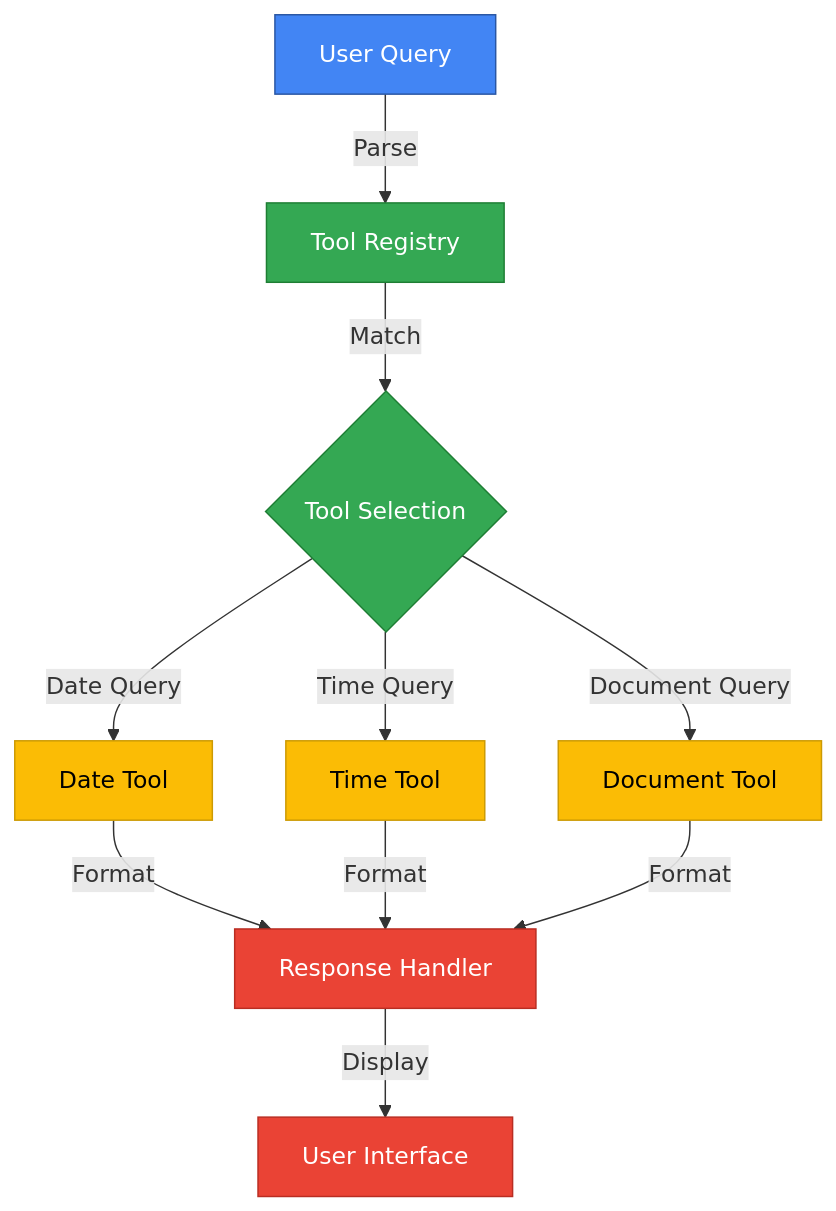
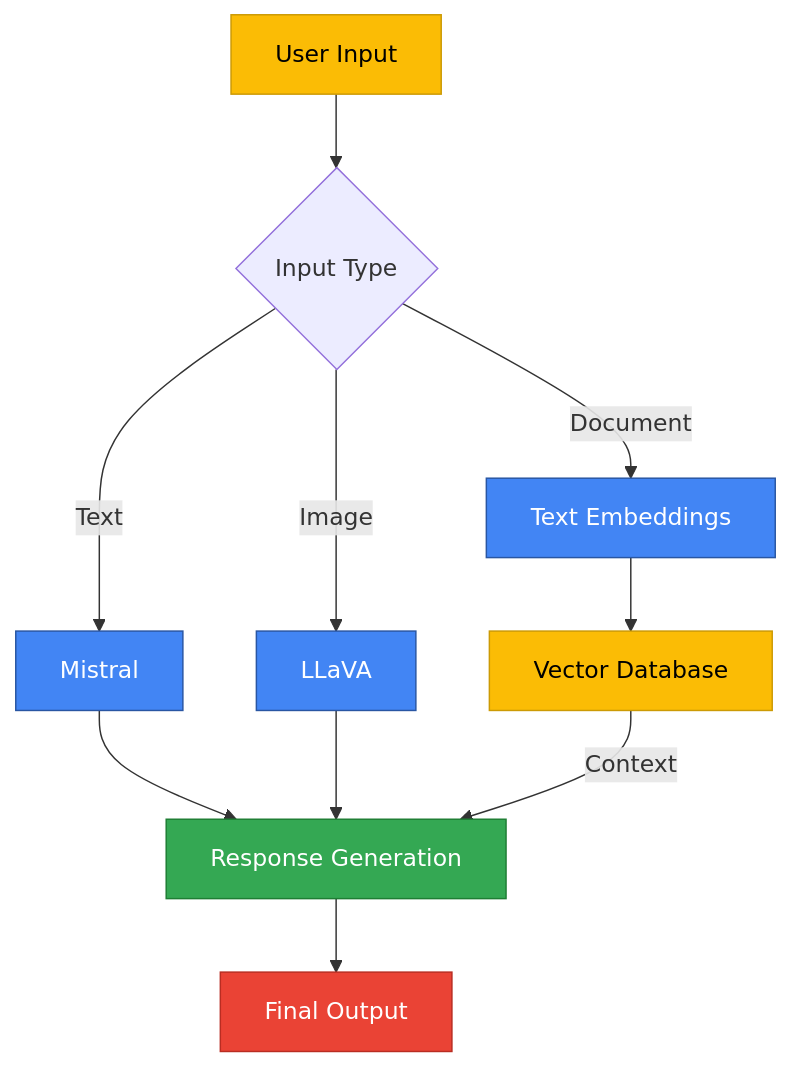
One commit to khaosans/basic-chat changed the fourth of 4 diagrams in README.md. Above: the diagram before and after it, drawn with Mermaid. The commit also changed other lines of this file, not shown here.

````diff
--- a/README.md
+++ b/README.md
@@ -111,24 +90,20 @@
 ```mermaid
 graph TD
     %% Color definitions
-    classDef input fill:#4285f4,stroke:#2956a3,color:white
+    classDef model fill:#4285f4,stroke:#2956a3,color:white
     classDef process fill:#34a853,stroke:#1e7e34,color:white
-    classDef tool fill:#fbbc05,stroke:#cc9a04,color:black
+    classDef data fill:#fbbc05,stroke:#cc9a04,color:black
     classDef output fill:#ea4335,stroke:#b92d22,color:white
 
-    A[User Query]:::input -->|Parse| B[Tool Registry]:::process
-    B -->|Match| C{Tool Selection}:::process
-    C -->|Date Query| D[Date Tool]:::tool
-    C -->|Time Query| E[Time Tool]:::tool
-    C -->|Document Query| F[Document Tool]:::tool
-    D -->|Format| G[Response Handler]:::output
-    E -->|Format| G
-    F -->|Format| G
-    G -->|Display| H[User Interface]:::output
-
-    %% Tooltips
-    click D "Handles date-related operations"
-    click E "Manages timezone conversions"
-    click F "Processes document operations"
-    click G "Formats tool outputs"
+    A[User Input]:::data --> B{Input Type}
+    B -->|Text| C[Mistral]:::model
+    B -->|Image| D[LLaVA]:::model
+    B -->|Document| E[Text Embeddings]:::model
+    
+    C --> F[Response Generation]:::process
+    D --> F
+    E --> G[Vector Database]:::data
+    
+    G -->|Context| F
+    F --> H[Final Output]:::output
 ```
````
